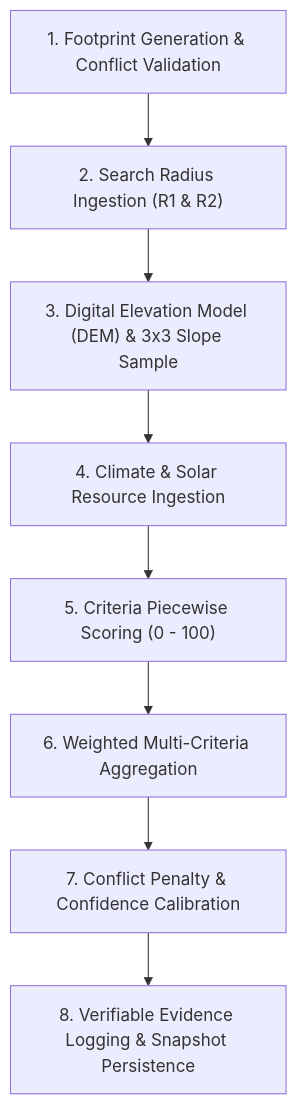
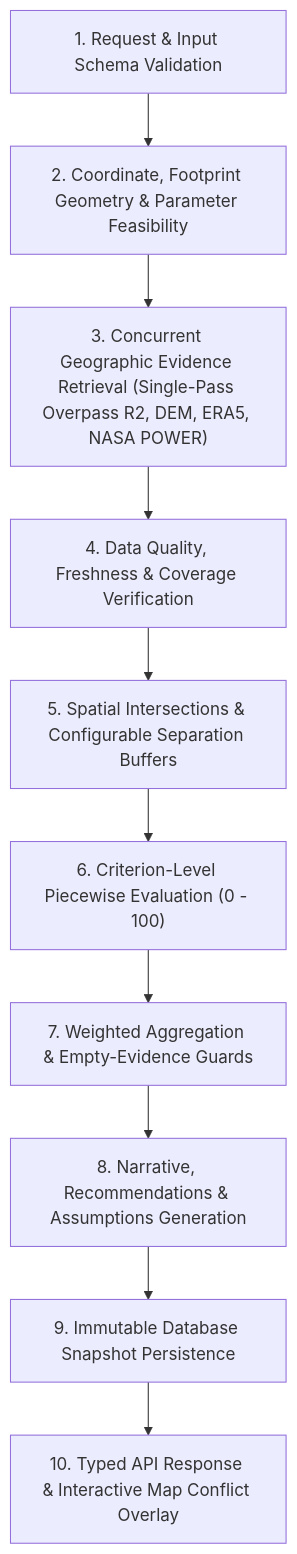
The diagram in docs/ANALYSIS_METHOD.md (aaradhyawabale/newurjasetu), drawn with Mermaid before and after one commit. The commit also changed other lines of this file and 7 other files, not shown here.

Commit message:
feat: add interactive OSM conflict map overlays, candidate comparison, and enriched PDF reports

````diff
--- a/docs/ANALYSIS_METHOD.md
+++ b/docs/ANALYSIS_METHOD.md
@@ -13,10 +13,12 @@
 ```mermaid
 flowchart TD
-    A["1. Footprint Generation & Conflict Validation"] --> B["2. Search Radius Ingestion (R1 & R2)"]
-    B --> C["3. Digital Elevation Model (DEM) & 3x3 Slope Sample"]
-    C --> D["4. Climate & Solar Resource Ingestion"]
-    D --> E["5. Criteria Piecewise Scoring (0 - 100)"]
-    E --> F["6. Weighted Multi-Criteria Aggregation"]
-    F --> G["7. Conflict Penalty & Confidence Calibration"]
-    G --> H["8. Verifiable Evidence Logging & Snapshot Persistence"]
+    A["1. Request & Input Schema Validation"] --> B["2. Coordinate, Footprint Geometry & Parameter Feasibility"]
+    B --> C["3. Concurrent Geographic Evidence Retrieval (Single-Pass Overpass R2, DEM, ERA5, NASA POWER)"]
+    C --> D["4. Data Quality, Freshness & Coverage Verification"]
+    D --> E["5. Spatial Intersections & Configurable Separation Buffers"]
+    E --> F["6. Criterion-Level Piecewise Evaluation (0 - 100)"]
+    F --> G["7. Weighted Aggregation & Empty-Evidence Guards"]
+    G --> H["8. Narrative, Recommendations & Assumptions Generation"]
+    H --> I["9. Immutable Database Snapshot Persistence"]
+    I --> J["10. Typed API Response & Interactive Map Conflict Overlay"]
 ```
````
